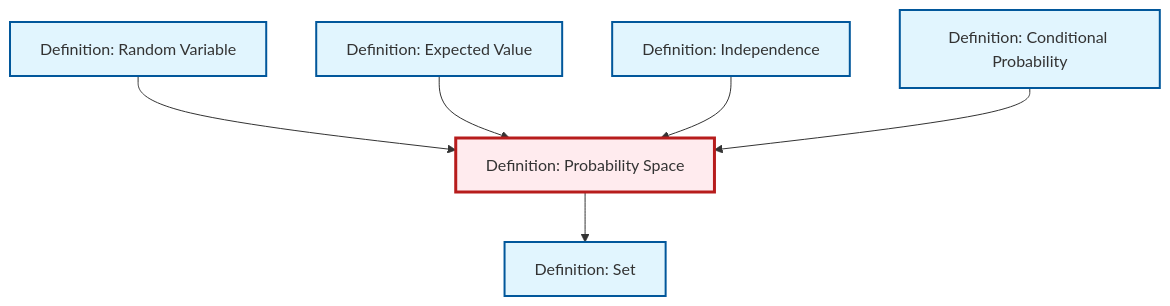
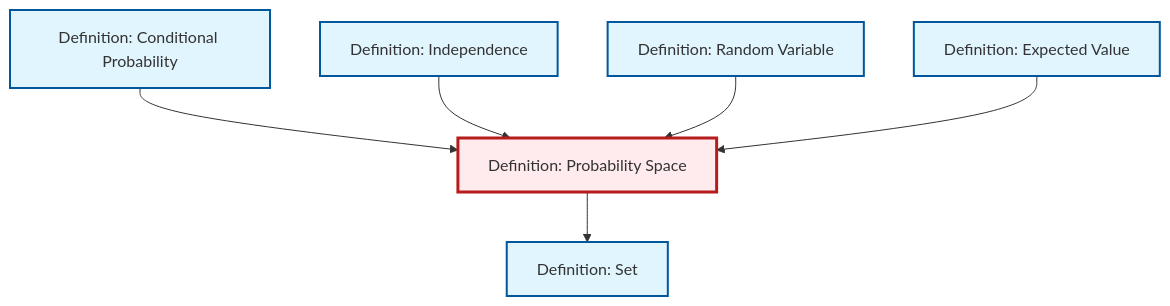
One commit to RK0429/ModernMath changed the diagram in content/ja/probability-statistics/def-probability-space.qmd. Above: the diagram before and after it, drawn with Mermaid. The commit also changed other lines of this file and 581 other files, not shown here.

````diff
--- a/content/ja/probability-statistics/def-probability-space.qmd
+++ b/content/ja/probability-statistics/def-probability-space.qmd
@@ -47,26 +47,26 @@
 ```{mermaid}
 %%| fig-cap: "Local dependency graph"
 graph TD
     classDef definition fill:#e1f5fe,stroke:#01579b,stroke-width:2px
     classDef theorem fill:#f3e5f5,stroke:#4a148c,stroke-width:2px
     classDef axiom fill:#fff3e0,stroke:#e65100,stroke-width:2px
     classDef example fill:#e8f5e9,stroke:#1b5e20,stroke-width:2px
     classDef current fill:#ffebee,stroke:#b71c1c,stroke-width:3px
+    def-probability-space["Definition: Probability Space"]:::definition
+    def-independence["Definition: Independence"]:::definition
+    def-expectation["Definition: Expected Value"]:::definition
     def-random-variable["Definition: Random Variable"]:::definition
-    def-probability-space["Definition: Probability Space"]:::definition
     def-conditional-probability["Definition: Conditional Probability"]:::definition
     def-set["Definition: Set"]:::definition
-    def-independence["Definition: Independence"]:::definition
-    def-expectation["Definition: Expected Value"]:::definition
+    def-conditional-probability --> def-probability-space
+    def-independence --> def-probability-space
     def-probability-space --> def-set
     def-random-variable --> def-probability-space
     def-expectation --> def-probability-space
-    def-independence --> def-probability-space
-    def-conditional-probability --> def-probability-space
     class def-probability-space current
+    click def-independence "def-independence.html" "Definition: Independenceへ"
+    click def-expectation "def-expectation.html" "Definition: Expected Valueへ"
     click def-random-variable "def-random-variable.html" "Definition: Random Variableへ"
     click def-conditional-probability "def-conditional-probability.html" "Definition: Conditional Probabilityへ"
     click def-set "def-set.html" "Definition: Setへ"
-    click def-independence "def-independence.html" "Definition: Independenceへ"
-    click def-expectation "def-expectation.html" "Definition: Expected Valueへ"
 ```
````
